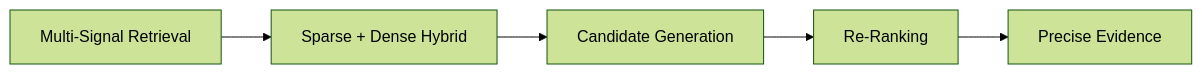
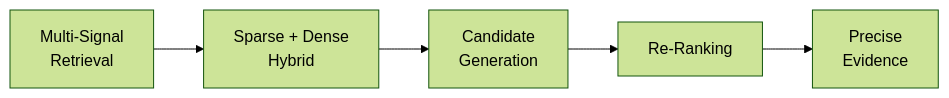
Diagram 14 of 14 in docs/architecture-insights/genai-and-rag/3.4_engineering_hybrid_retrieval_sparse_dense.md (MihirKJha/enterprise-ai-blog), drawn with Mermaid (forest theme) before and after one commit. The commit also changed other lines of this file, not shown here.

First line of the commit message:
Updated 3.5_architecting_multi_stage_retrieval_from_recall_to_precision.md

````diff
--- a/docs/architecture-insights/genai-and-rag/3.4_engineering_hybrid_retrieval_sparse_dense.md
+++ b/docs/architecture-insights/genai-and-rag/3.4_engineering_hybrid_retrieval_sparse_dense.md
@@ -542,7 +542,7 @@
 ```mermaid
 graph LR
-    A[Multi-Signal Retrieval] --> B[Sparse + Dense Hybrid]
-    B --> C[Candidate Generation]
+    A[Multi-Signal<br/>Retrieval] --> B[Sparse + Dense<br/>Hybrid]
+    B --> C[Candidate<br/>Generation]
     C --> D[Re-Ranking]
-    D --> E[Precise Evidence]
+    D --> E[Precise<br/>Evidence]
 ```
````
